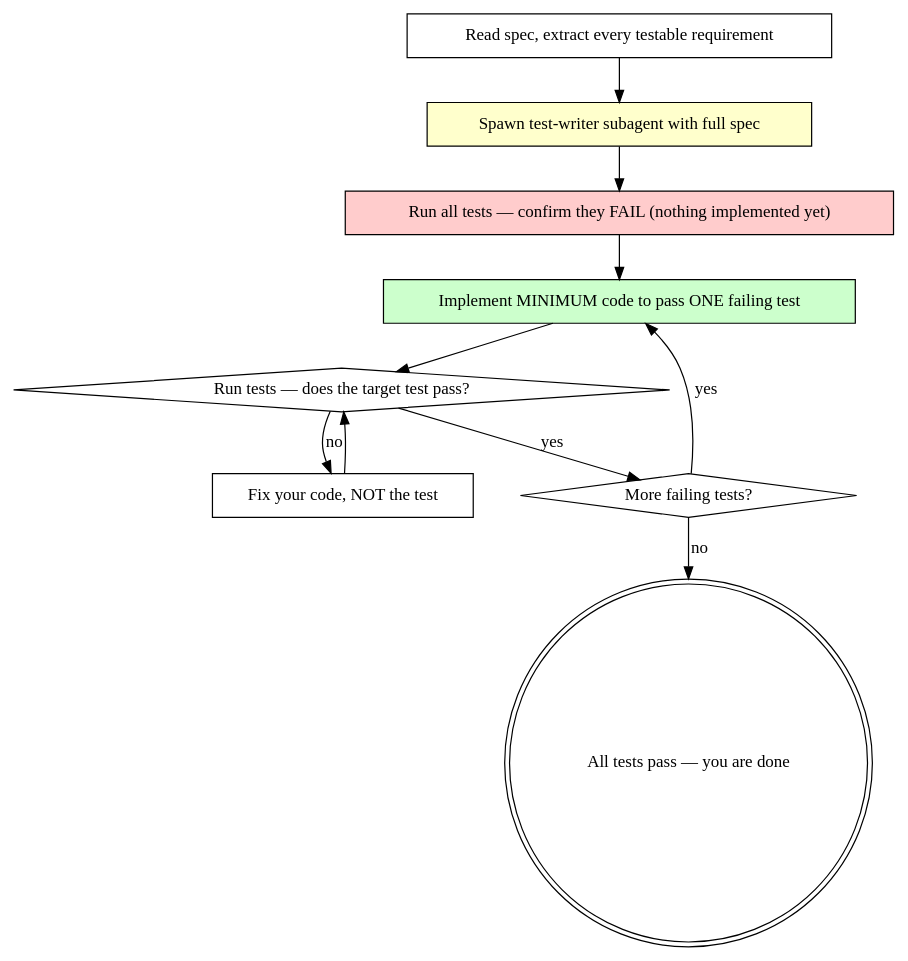
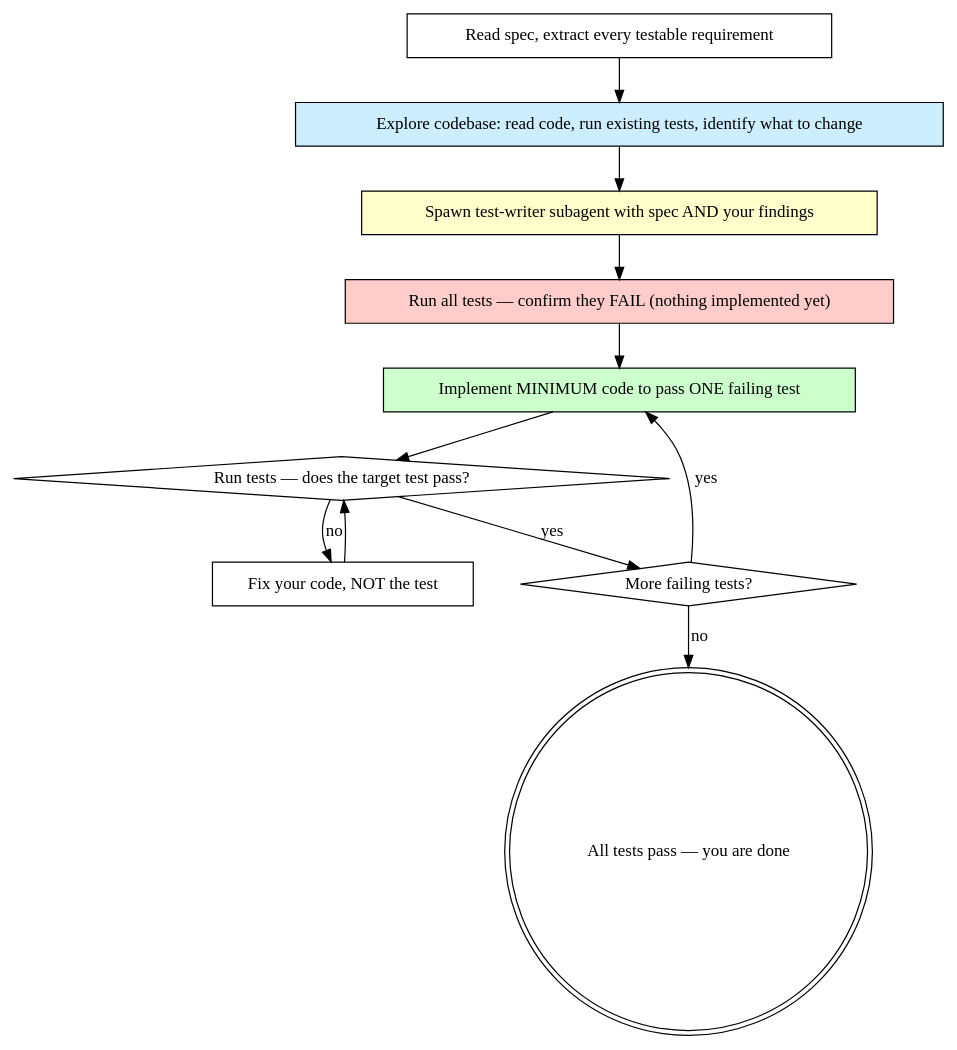
One commit to prime-radiant-inc/evener changed the first of 3 diagrams in agent/prompts/base.md. Above: the diagram before and after it, drawn with Graphviz. The commit also changed other lines of this file, not shown here.

First line of the commit message:
prompt: add principles section and require exploration before test-writing

````diff
--- a/agent/prompts/base.md
+++ b/agent/prompts/base.md
@@ -83,23 +105,25 @@
 ```dot
 digraph tdd {
     rankdir=TB;
     "Read spec, extract every testable requirement" [shape=box];
-    "Spawn test-writer subagent with full spec" [shape=box style=filled fillcolor="#ffffcc"];
+    "Explore codebase: read code, run existing tests, identify what to change" [shape=box style=filled fillcolor="#cceeff"];
+    "Spawn test-writer subagent with spec AND your findings" [shape=box style=filled fillcolor="#ffffcc"];
     "Run all tests — confirm they FAIL (nothing implemented yet)" [shape=box style=filled fillcolor="#ffcccc"];
     "Implement MINIMUM code to pass ONE failing test" [shape=box style=filled fillcolor="#ccffcc"];
     "Run tests — does the target test pass?" [shape=diamond];
     "Fix your code, NOT the test" [shape=box];
     "More failing tests?" [shape=diamond];
     "All tests pass — you are done" [shape=doublecircle];
 
-    "Read spec, extract every testable requirement" -> "Spawn test-writer subagent with full spec";
-    "Spawn test-writer subagent with full spec" -> "Run all tests — confirm they FAIL (nothing implemented yet)";
+    "Read spec, extract every testable requirement" -> "Explore codebase: read code, run existing tests, identify what to change";
+    "Explore codebase: read code, run existing tests, identify what to change" -> "Spawn test-writer subagent with spec AND your findings";
+    "Spawn test-writer subagent with spec AND your findings" -> "Run all tests — confirm they FAIL (nothing implemented yet)";
     "Run all tests — confirm they FAIL (nothing implemented yet)" -> "Implement MINIMUM code to pass ONE failing test";
     "Implement MINIMUM code to pass ONE failing test" -> "Run tests — does the target test pass?";
     "Run tests — does the target test pass?" -> "More failing tests?" [label="yes"];
     "Run tests — does the target test pass?" -> "Fix your code, NOT the test" [label="no"];
     "Fix your code, NOT the test" -> "Run tests — does the target test pass?";
     "More failing tests?" -> "Implement MINIMUM code to pass ONE failing test" [label="yes"];
     "More failing tests?" -> "All tests pass — you are done" [label="no"];
 }
 ```
````
